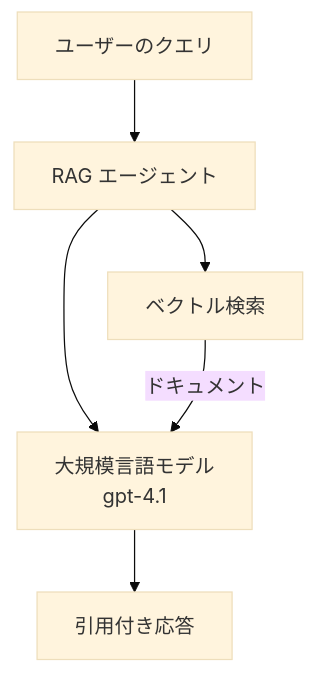
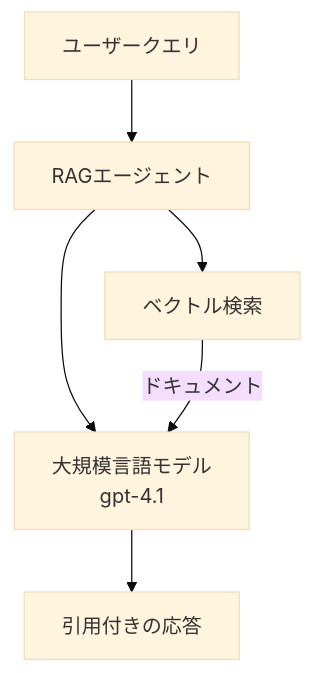
One commit to microsoft/AZD-for-beginners changed the second of 3 diagrams in translations/ja/docs/chapter-02-ai-development/agents.md. Above: the diagram before and after it, drawn with Mermaid (base theme). The commit also changed other lines of this file and 101 other files, not shown here.

````diff
--- a/translations/ja/docs/chapter-02-ai-development/agents.md
+++ b/translations/ja/docs/chapter-02-ai-development/agents.md
@@ -170,8 +175,8 @@
 ```mermaid
 graph TD
-    Query[ユーザーのクエリ] --> RAG[RAG エージェント]
+    Query[ユーザークエリ] --> RAG[RAGエージェント]
     RAG --> Vector[ベクトル検索]
     RAG --> LLM[大規模言語モデル<br/>gpt-4.1]
     Vector -- ドキュメント --> LLM
-    LLM --> Response[引用付き応答]
+    LLM --> Response[引用付きの応答]
 ```
````
